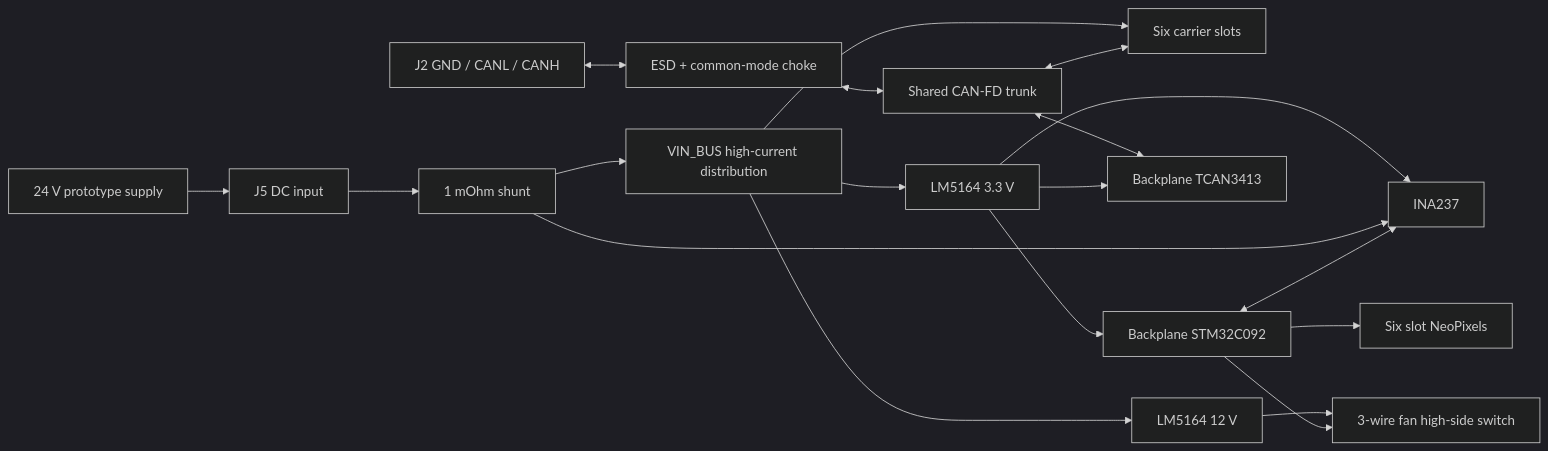
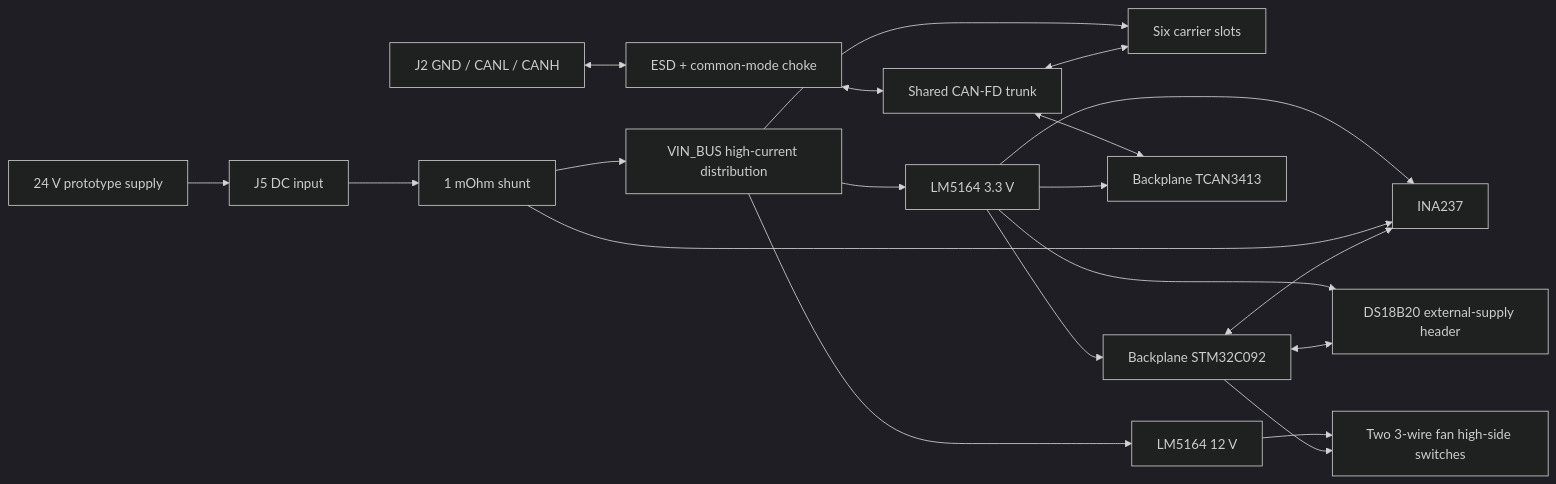
The diagram in docs/system-overview.md (kquinsland/modular-rack-mount-power-system), drawn with Mermaid (dark theme) before and after one commit. The commit also changed other lines of this file and 8 other files, not shown here.

````diff
--- a/docs/system-overview.md
+++ b/docs/system-overview.md
@@ -8,23 +8,24 @@
 ```mermaid
 flowchart LR
     supply[24 V prototype supply] --> input[J5 DC input]
     input --> shunt[1 mOhm shunt]
     shunt --> bus[VIN_BUS high-current distribution]
     bus --> slots[Six carrier slots]
     bus --> buck3[LM5164 3.3 V]
     bus --> buck12[LM5164 12 V]
 
     canext[J2 GND / CANL / CANH] <--> protection[ESD + common-mode choke]
     protection <--> canbus[Shared CAN-FD trunk]
     canbus <--> phy[Backplane TCAN3413]
     canbus <--> slots
 
     buck3 --> mcu[Backplane STM32C092]
     buck3 --> monitor[INA237]
     buck3 --> phy
     shunt --> monitor
     mcu <--> monitor
-    mcu --> leds[Six slot NeoPixels]
-    buck12 --> fan[3-wire fan high-side switch]
-    mcu --> fan
+    buck3 --> temp[DS18B20 external-supply header]
+    mcu <--> temp
+    buck12 --> fans[Two 3-wire fan high-side switches]
+    mcu --> fans
 ```
````
